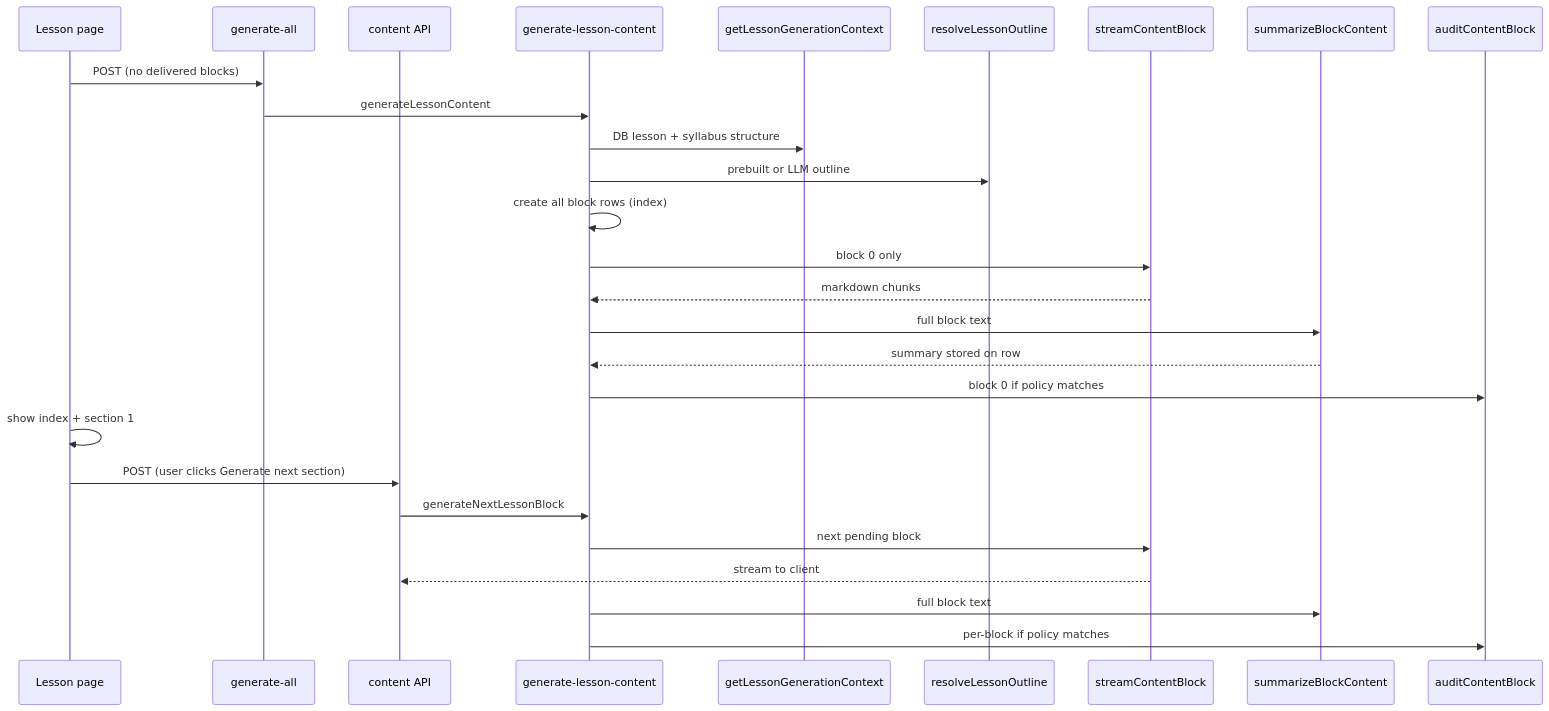
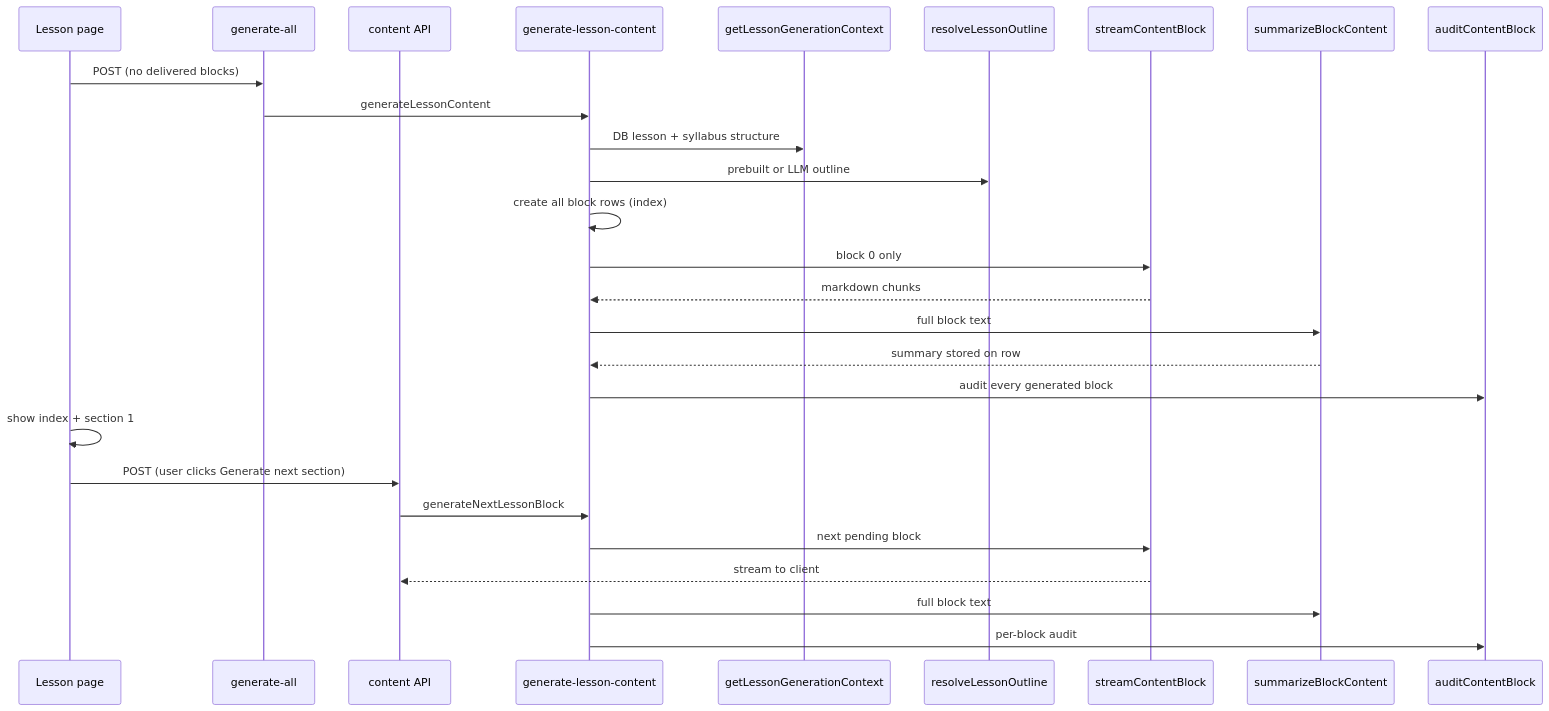
One commit to sanchezd90/personal-tutor changed the first of 2 diagrams in docs/AI_BEHAVIOR_AND_FEATURES.md. Above: the diagram before and after it, drawn with Mermaid. The commit also changed other lines of this file and 2 other files, not shown here.

Commit message:
feat: all block are audited

````diff
--- a/docs/AI_BEHAVIOR_AND_FEATURES.md
+++ b/docs/AI_BEHAVIOR_AND_FEATURES.md
@@ -100,31 +100,31 @@
 ```mermaid
 sequenceDiagram
     participant UI as Lesson page
     participant Init as generate-all
     participant Next as content API
     participant Gen as generate-lesson-content
     participant Ctx as getLessonGenerationContext
     participant Out as resolveLessonOutline
     participant Stream as streamContentBlock
     participant Sum as summarizeBlockContent
     participant Aud as auditContentBlock
 
     UI->>Init: POST (no delivered blocks)
     Init->>Gen: generateLessonContent
     Gen->>Ctx: DB lesson + syllabus structure
     Gen->>Out: prebuilt or LLM outline
     Gen->>Gen: create all block rows (index)
     Gen->>Stream: block 0 only
     Stream-->>Gen: markdown chunks
     Gen->>Sum: full block text
     Sum-->>Gen: summary stored on row
-    Gen->>Aud: block 0 if policy matches
+    Gen->>Aud: audit every generated block
     UI->>UI: show index + section 1
 
     UI->>Next: POST (user clicks Generate next section)
     Next->>Gen: generateNextLessonBlock
     Gen->>Stream: next pending block
     Stream-->>Next: stream to client
     Gen->>Sum: full block text
-    Gen->>Aud: per-block if policy matches
+    Gen->>Aud: per-block audit
 ```
````
